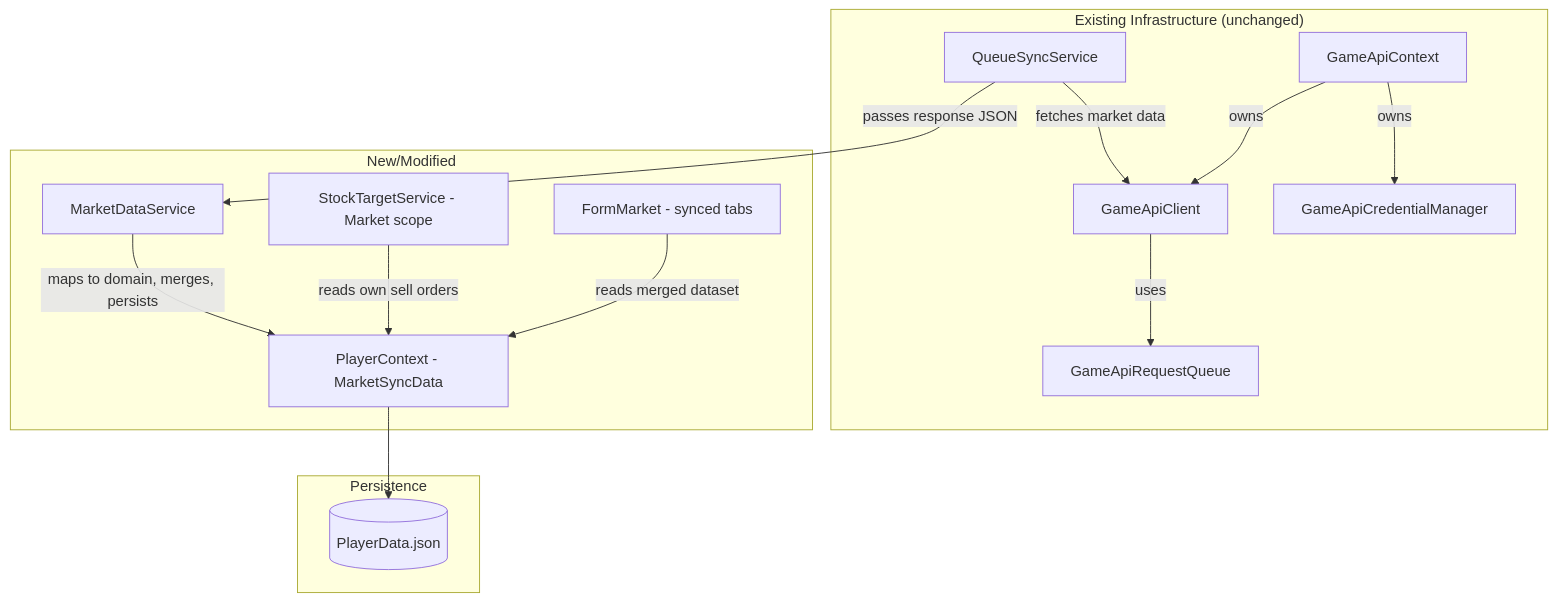
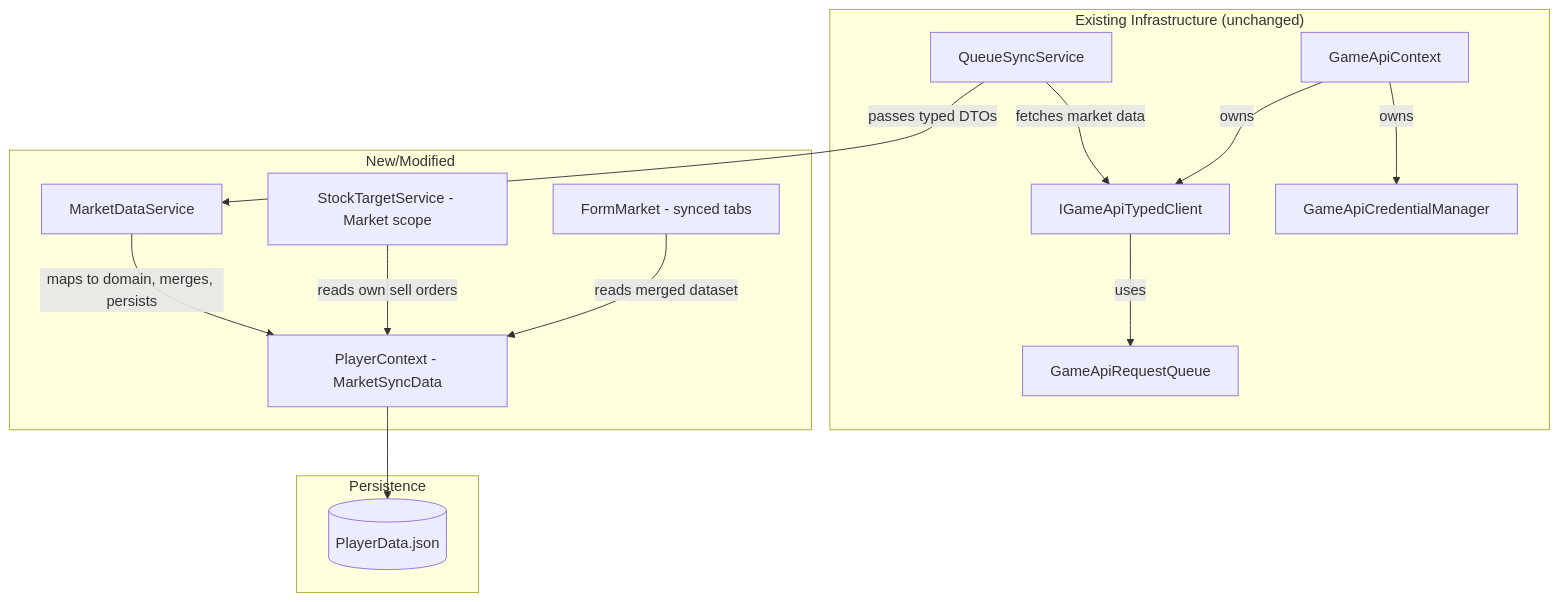
The first of 2 diagrams in .kiro/specs/market-integration/design.md (scalorn/OuterEmpires2EmpireTracker), drawn with Mermaid before and after one commit. The commit also changed other lines of this file and 41 other files, not shown here.

````diff
--- a/.kiro/specs/market-integration/design.md
+++ b/.kiro/specs/market-integration/design.md
@@ -48,31 +49,31 @@
 ```mermaid
 graph TB
     subgraph "Existing Infrastructure (unchanged)"
-        GAC[GameApiClient]
+        GAC[IGameApiTypedClient]
         GACtx[GameApiContext]
         GACM[GameApiCredentialManager]
         GARQ[GameApiRequestQueue]
         QSS[QueueSyncService]
     end
 
     subgraph "New/Modified"
         MDS[MarketDataService]
         PC[PlayerContext - MarketSyncData]
         STS[StockTargetService - Market scope]
         FM[FormMarket - synced tabs]
     end
 
     subgraph Persistence
         PD[(PlayerData.json)]
     end
 
     QSS -->|"fetches market data"| GAC
-    QSS -->|"passes response JSON"| MDS
+    QSS -->|"passes typed DTOs"| MDS
     MDS -->|"maps to domain, merges, persists"| PC
     STS -->|"reads own sell orders"| PC
     FM -->|"reads merged dataset"| PC
     PC --> PD
     GAC -->|"uses"| GARQ
     GACtx -->|"owns"| GAC
     GACtx -->|"owns"| GACM
 ```
````
